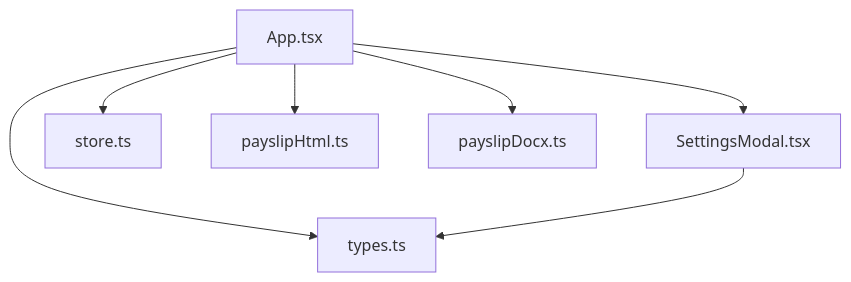
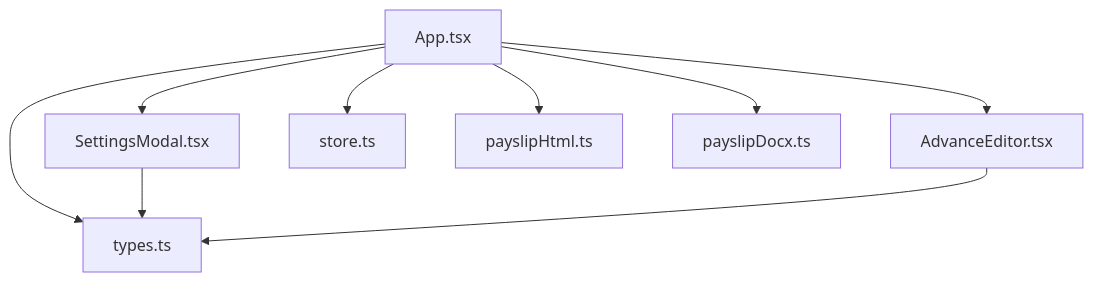
The first of 11 diagrams in .qoder/repowiki/en/content/UI Components/SettingsModal Component.md (MdodoIng/salery-slip-generater), drawn with Mermaid before and after one commit. The commit also changed other lines of this file and 22 other files, not shown here.

````diff
--- a/.qoder/repowiki/en/content/UI Components/SettingsModal Component.md
+++ b/.qoder/repowiki/en/content/UI Components/SettingsModal Component.md
@@ -40,9 +35,11 @@
 ```mermaid
 graph TB
 App["App.tsx"] --> SettingsModal["SettingsModal.tsx"]
+App --> AdvanceEditor["AdvanceEditor.tsx"]
 App --> Store["store.ts"]
 App --> Types["types.ts"]
 App --> HtmlGen["payslipHtml.ts"]
 App --> DocxGen["payslipDocx.ts"]
 SettingsModal --> Types
+AdvanceEditor --> Types
 ```
````
